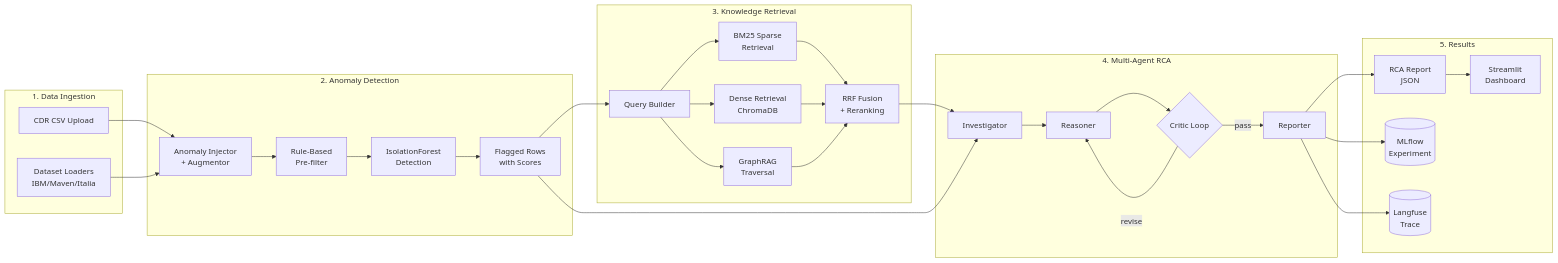
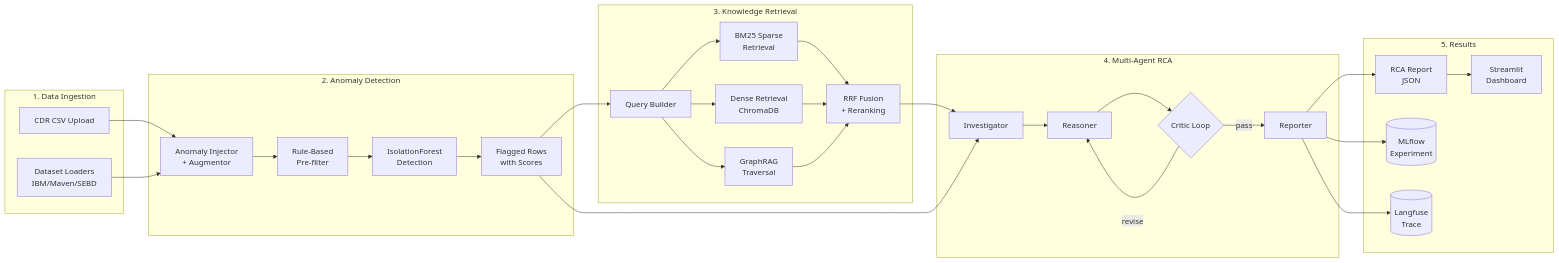
One commit to tatsat3mutee/mtech-teleco-multiagent-project changed the diagram in docs/diagrams/data_flow.md. Above: the diagram before and after it, drawn with Mermaid. The commit also changed 14 other files, not shown here.

````diff
--- a/docs/diagrams/data_flow.md
+++ b/docs/diagrams/data_flow.md
@@ -3,60 +3,60 @@
 ```mermaid
 flowchart LR
     subgraph Input["1. Data Ingestion"]
         CSV[CDR CSV Upload]
-        DS[Dataset Loaders<br/>IBM/Maven/Italia]
+        DS[Dataset Loaders<br/>IBM/Maven/SEBD]
     end
 
     subgraph Detect["2. Anomaly Detection"]
         INJ[Anomaly Injector<br/>+ Augmentor]
         PRE[Rule-Based<br/>Pre-filter]
         IF[IsolationForest<br/>Detection]
         FLAG[Flagged Rows<br/>with Scores]
     end
 
     subgraph Retrieve["3. Knowledge Retrieval"]
         QRY[Query Builder]
         BM25[BM25 Sparse<br/>Retrieval]
         DENSE[Dense Retrieval<br/>ChromaDB]
         GRAPH[GraphRAG<br/>Traversal]
         RRF[RRF Fusion<br/>+ Reranking]
     end
 
     subgraph Agent["4. Multi-Agent RCA"]
         INV[Investigator]
         RES[Reasoner]
         CRI{Critic Loop}
         REP[Reporter]
     end
 
     subgraph Output["5. Results"]
         JSON[RCA Report<br/>JSON]
         MLF[(MLflow<br/>Experiment)]
         TRACE[(Langfuse<br/>Trace)]
         UI[Streamlit<br/>Dashboard]
     end
 
     CSV --> INJ
     DS --> INJ
     INJ --> PRE --> IF --> FLAG
 
     FLAG --> QRY
     QRY --> BM25
     QRY --> DENSE
     QRY --> GRAPH
     BM25 --> RRF
     DENSE --> RRF
     GRAPH --> RRF
 
     RRF --> INV
     FLAG --> INV
     INV --> RES
     RES --> CRI
     CRI -->|revise| RES
     CRI -->|pass| REP
 
     REP --> JSON
     REP --> MLF
     REP --> TRACE
     JSON --> UI
 ```
````
